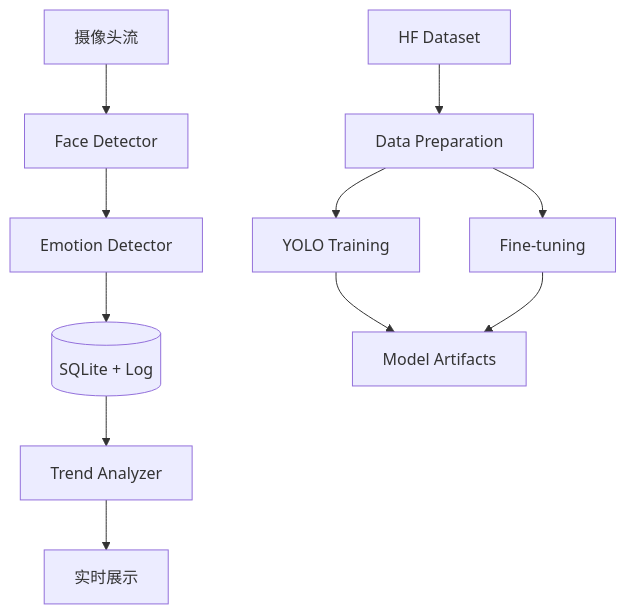
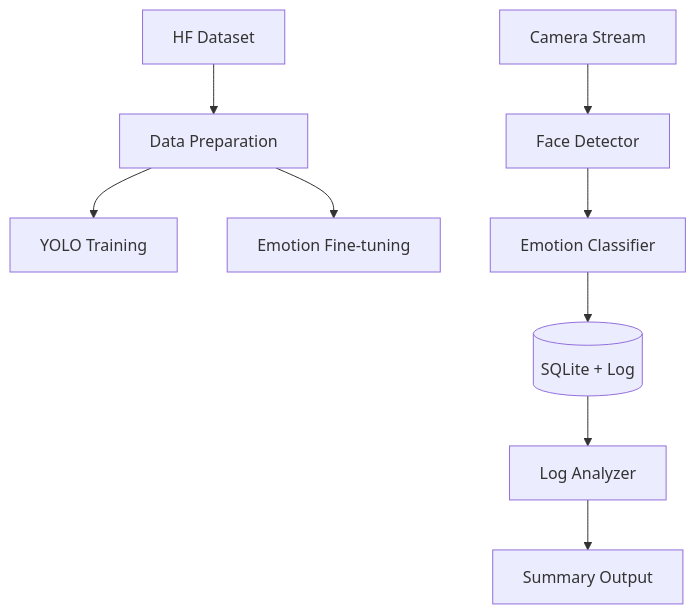
The diagram in README.md (sudo-yf/Test2504), drawn with Mermaid before and after one commit. The commit also changed other lines of this file and 10 other files, not shown here.

````diff
--- a/README.md
+++ b/README.md
@@ -32,14 +34,12 @@
 ```mermaid
 graph TD
-    Camera[摄像头流] --> FaceDet[Face Detector]
-    FaceDet --> Emotion[Emotion Detector]
-    Emotion --> Store[(SQLite + Log)]
-    Store --> Analyzer[Trend Analyzer]
-    Analyzer --> UI[实时展示]
-
     HF[HF Dataset] --> Prep[Data Preparation]
     Prep --> YTrain[YOLO Training]
-    Prep --> FTTrain[Fine-tuning]
-    YTrain --> Artifacts[Model Artifacts]
-    FTTrain --> Artifacts
+    Prep --> FTTrain[Emotion Fine-tuning]
+
+    Camera[Camera Stream] --> FaceDet[Face Detector]
+    FaceDet --> Emotion[Emotion Classifier]
+    Emotion --> Store[(SQLite + Log)]
+    Store --> Analyzer[Log Analyzer]
+    Analyzer --> Report[Summary Output]
 ```
````
